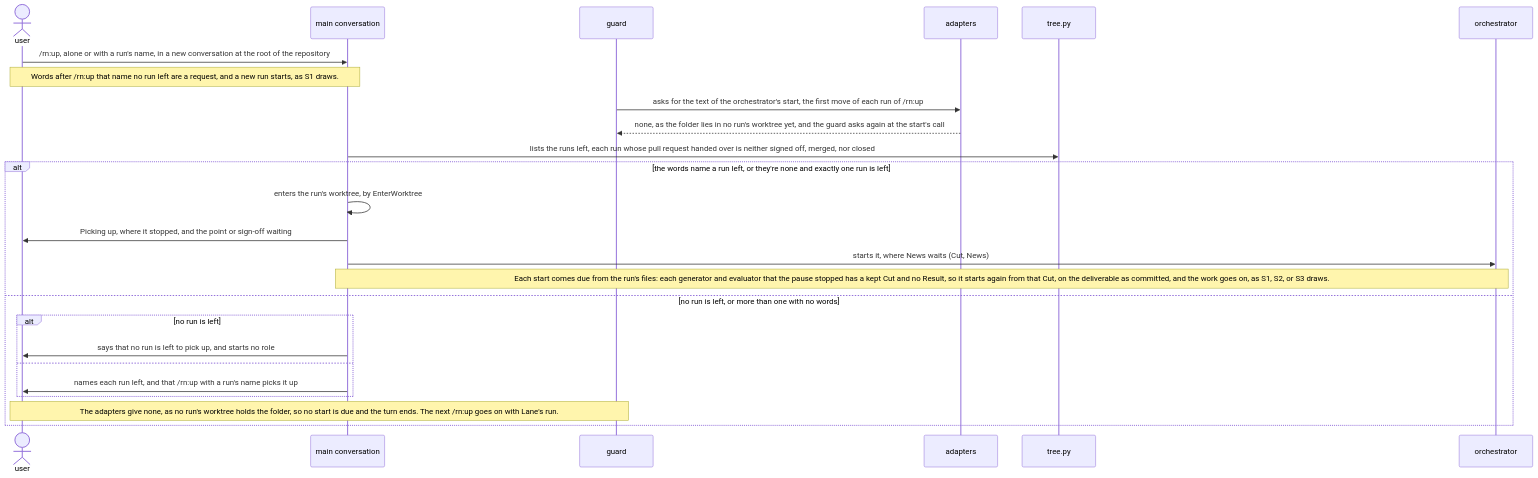
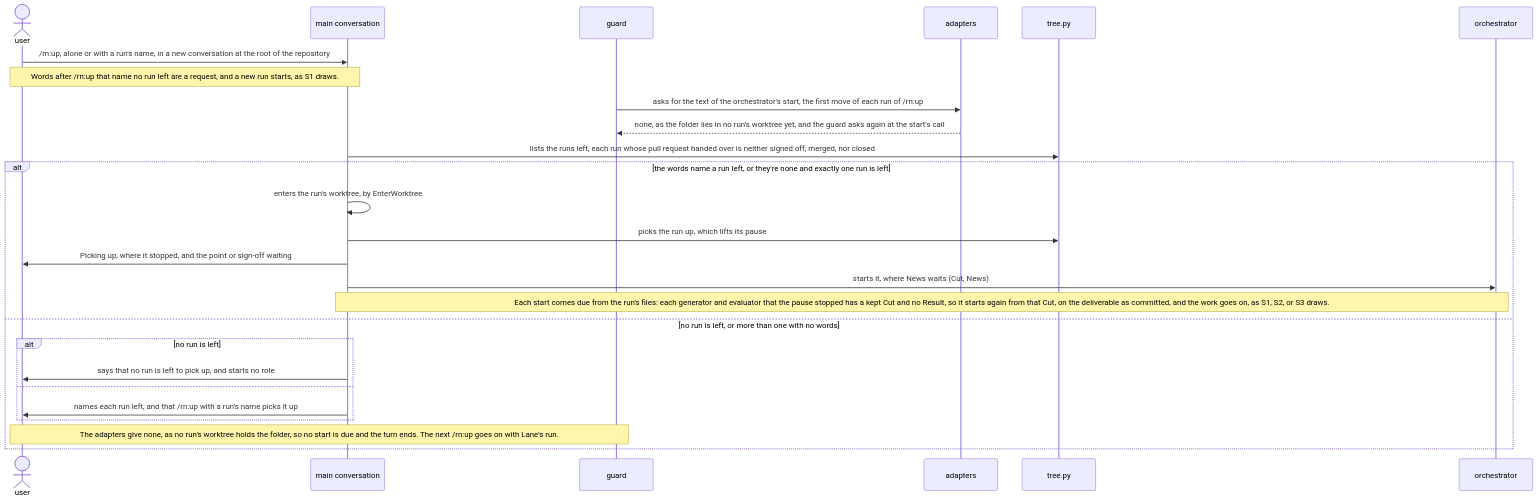
One commit to lovaizu/ccpm changed the fifth of 6 diagrams in dev/rn/architecture.md. Above: the diagram before and after it, drawn with Mermaid. The commit also changed other lines of this file and 2 other files, not shown here.

First line of the commit message:
Lane refuses a skill's Result while a subagent of its Run runs or a start is due, and rn's architecture lifts a pause at the pick-up, starts again each start ended with no Result, and starts a round's evaluators once its generator ended with done, as a sixth independent trace found five breaks

````diff
--- a/dev/rn/architecture.md
+++ b/dev/rn/architecture.md
@@ -390,27 +389,28 @@
 ```mermaid
 sequenceDiagram
   actor U as user
   participant M as main conversation
   participant GD as guard
   participant A as adapters
   participant T as tree.py
   participant O as orchestrator
   U->>M: /rn:up, alone or with a run's name, in a new conversation at the root of the repository
   Note over U,M: Words after /rn:up that name no run left are a request, and a new run starts, as S1 draws.
   GD->>A: asks for the text of the orchestrator's start, the first move of each run of /rn:up
   A-->>GD: none, as the folder lies in no run's worktree yet, and the guard asks again at the start's call
   M->>T: lists the runs left, each run whose pull request handed over is neither signed off, merged, nor closed
   alt the words name a run left, or they're none and exactly one run is left
     M->>M: enters the run's worktree, by EnterWorktree
+    M->>T: picks the run up, which lifts its pause
     M->>U: Picking up, where it stopped, and the point or sign-off waiting
     M->>O: starts it, where News waits (Cut, News)
     Note over M,O: Each start comes due from the run's files: each generator and evaluator that the pause stopped has a kept Cut and no Result, so it starts again from that Cut, on the deliverable as committed, and the work goes on, as S1, S2, or S3 draws.
   else no run is left, or more than one with no words
     alt no run is left
       M->>U: says that no run is left to pick up, and starts no role
     else
       M->>U: names each run left, and that /rn:up with a run's name picks it up
     end
     Note over U,GD: The adapters give none, as no run's worktree holds the folder, so no start is due and the turn ends. The next /rn:up goes on with Lane's run.
   end
 ```
````
